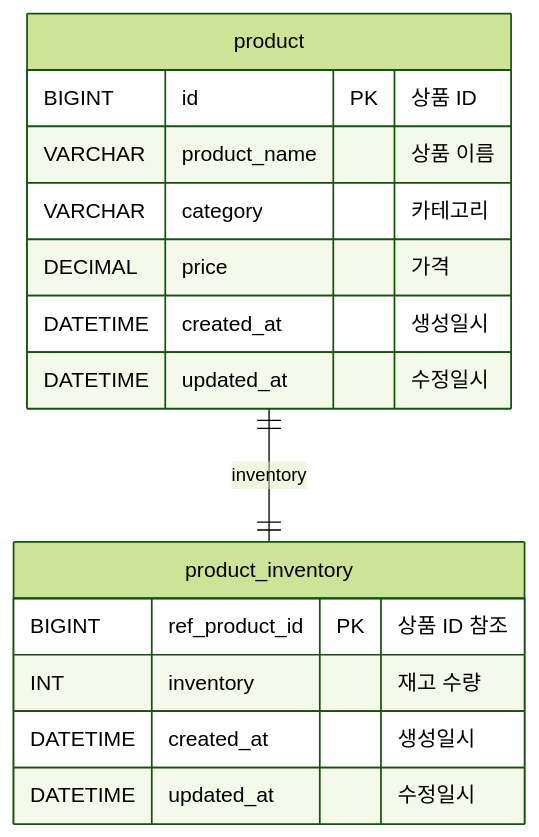
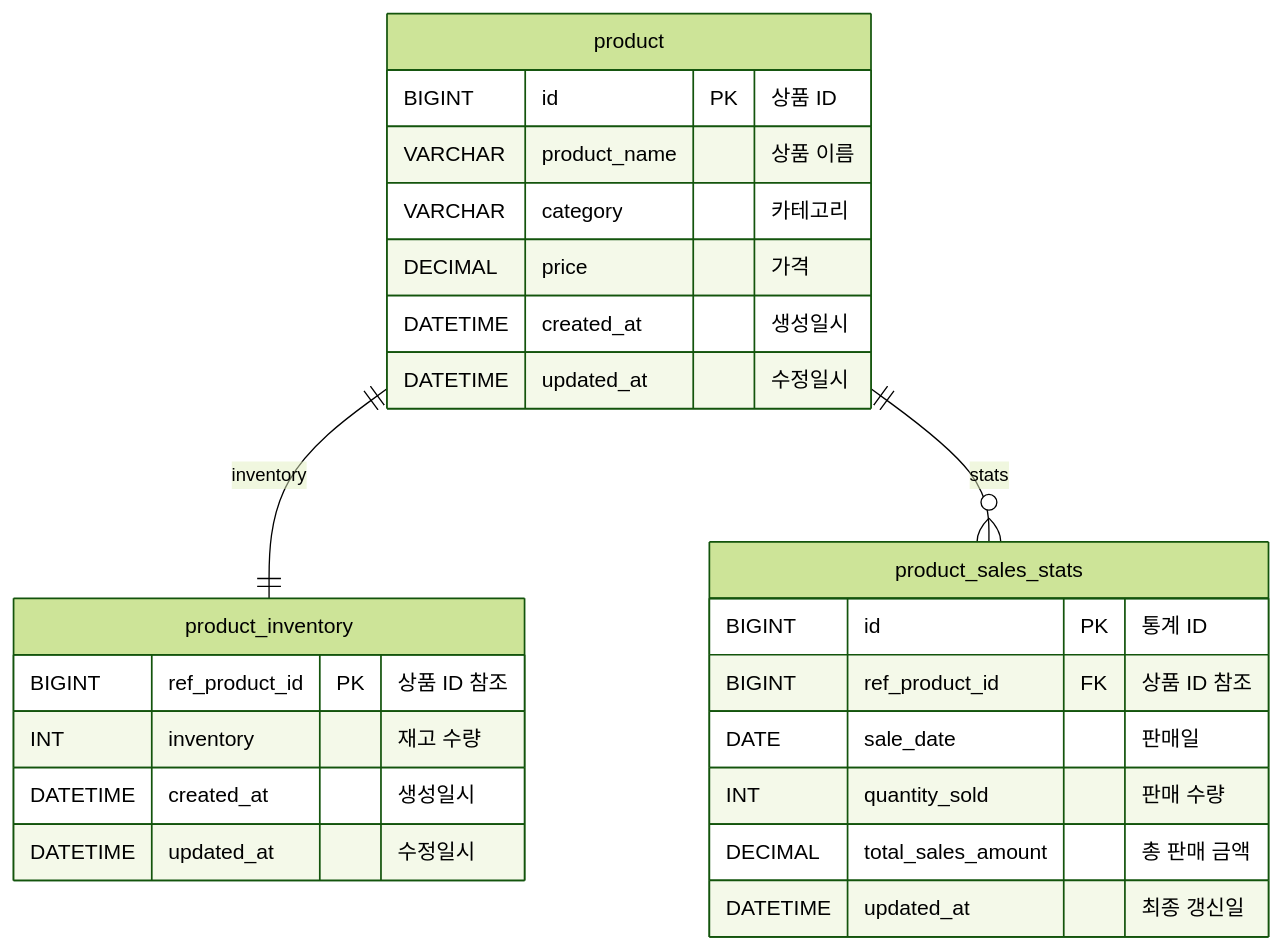
One commit to developerOlive/hhplus-e-commerce changed the third of 6 diagrams in docs/04_ERD.md. Above: the diagram before and after it, drawn with Mermaid (forest theme). The commit also changed other lines of this file, not shown here.

First line of the commit message:
feat: 인기상품 조회 성능을 위해 상품 판매 통계 테이블 추가 (product_sales_stats)

````diff
--- a/docs/04_ERD.md
+++ b/docs/04_ERD.md
@@ -166,21 +177,31 @@
 ```mermaid
 erDiagram
     product {
         BIGINT id PK "상품 ID"
         VARCHAR product_name "상품 이름"
         VARCHAR category "카테고리"
         DECIMAL price "가격"
         DATETIME created_at "생성일시"
         DATETIME updated_at "수정일시"
     }
 
     product_inventory {
         BIGINT ref_product_id PK "상품 ID 참조"
         INT inventory "재고 수량"
         DATETIME created_at "생성일시"
         DATETIME updated_at "수정일시"
     }
 
+    product_sales_stats {
+        BIGINT id PK "통계 ID"
+        BIGINT ref_product_id FK "상품 ID 참조"
+        DATE sale_date "판매일"
+        INT quantity_sold "판매 수량"
+        DECIMAL total_sales_amount "총 판매 금액"
+        DATETIME updated_at "최종 갱신일"
+    }
+
     product ||--|| product_inventory : inventory
+    product ||--o{ product_sales_stats : stats
 
 ```
````
